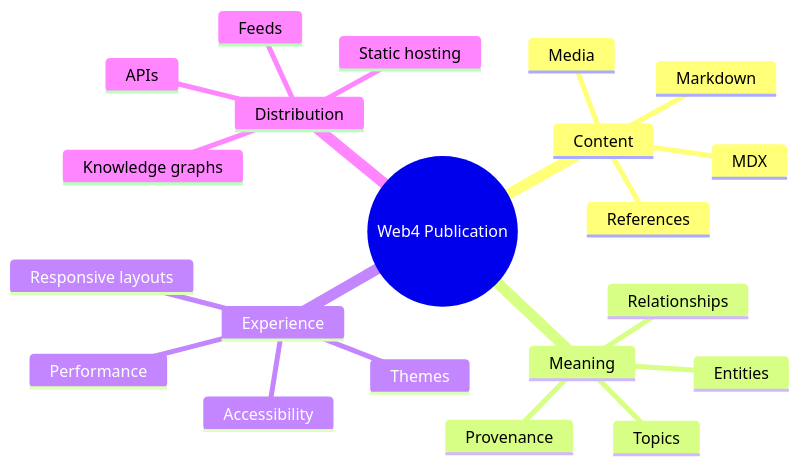
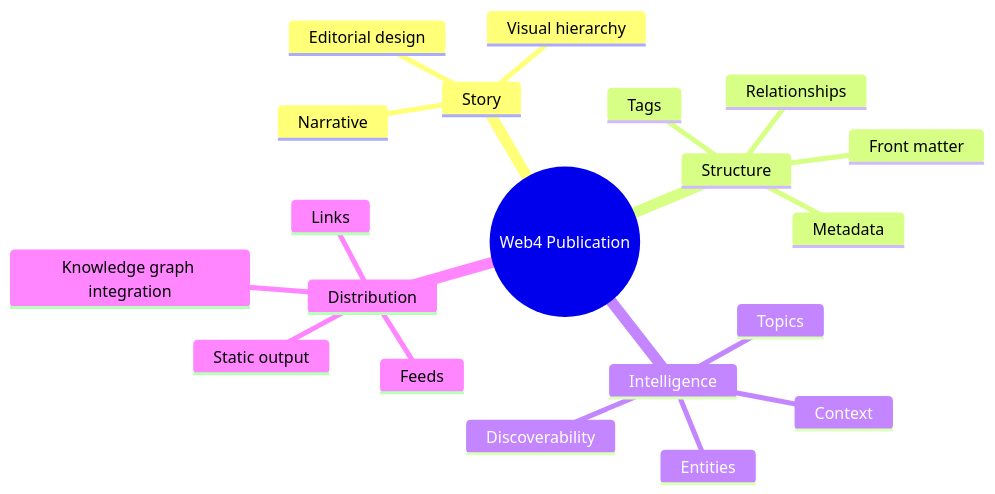
Before and after one commit to web4hub/web4-publisher: the second of 3 diagrams in index.md, drawn with Mermaid. The commit also changed other lines of this file, not shown here.

````diff
--- a/index.md
+++ b/index.md
@@ -74,24 +85,23 @@
 ```mermaid
 mindmap
   root((Web4 Publication))
-    Content
-      Markdown
-      MDX
-      Media
-      References
-    Meaning
+    Story
+      Narrative
+      Visual hierarchy
+      Editorial design
+    Structure
+      Front matter
+      Metadata
+      Tags
+      Relationships
+    Intelligence
       Topics
       Entities
-      Relationships
-      Provenance
-    Experience
-      Themes
-      Responsive layouts
-      Accessibility
-      Performance
+      Context
+      Discoverability
     Distribution
-      Static hosting
+      Static output
       Feeds
-      APIs
-      Knowledge graphs
+      Links
+      Knowledge graph integration
 ```
````
